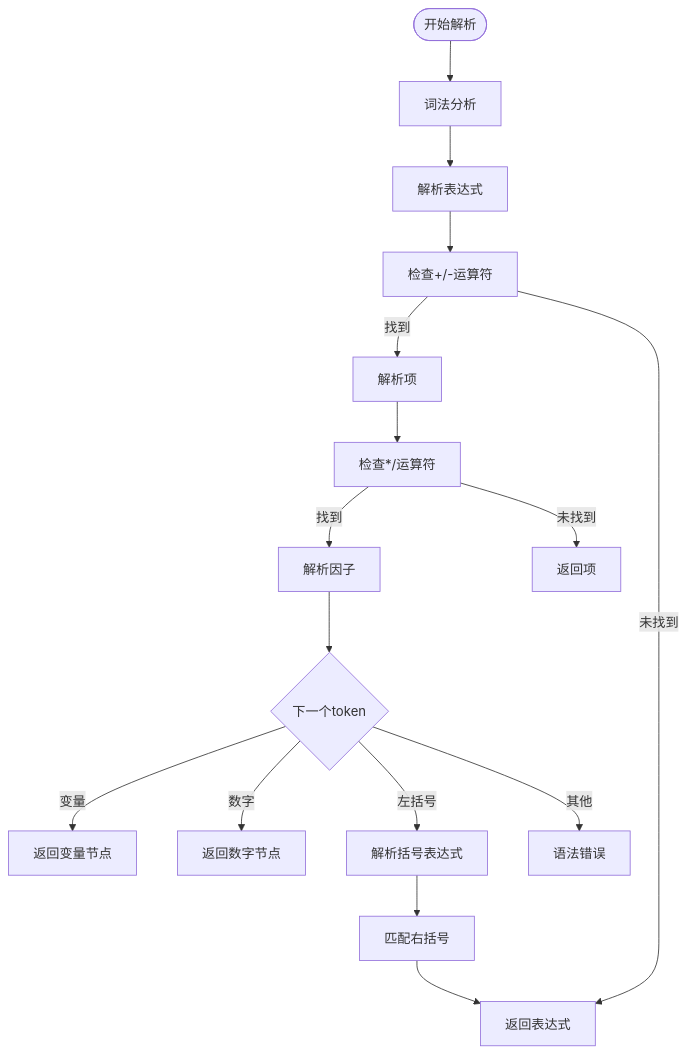
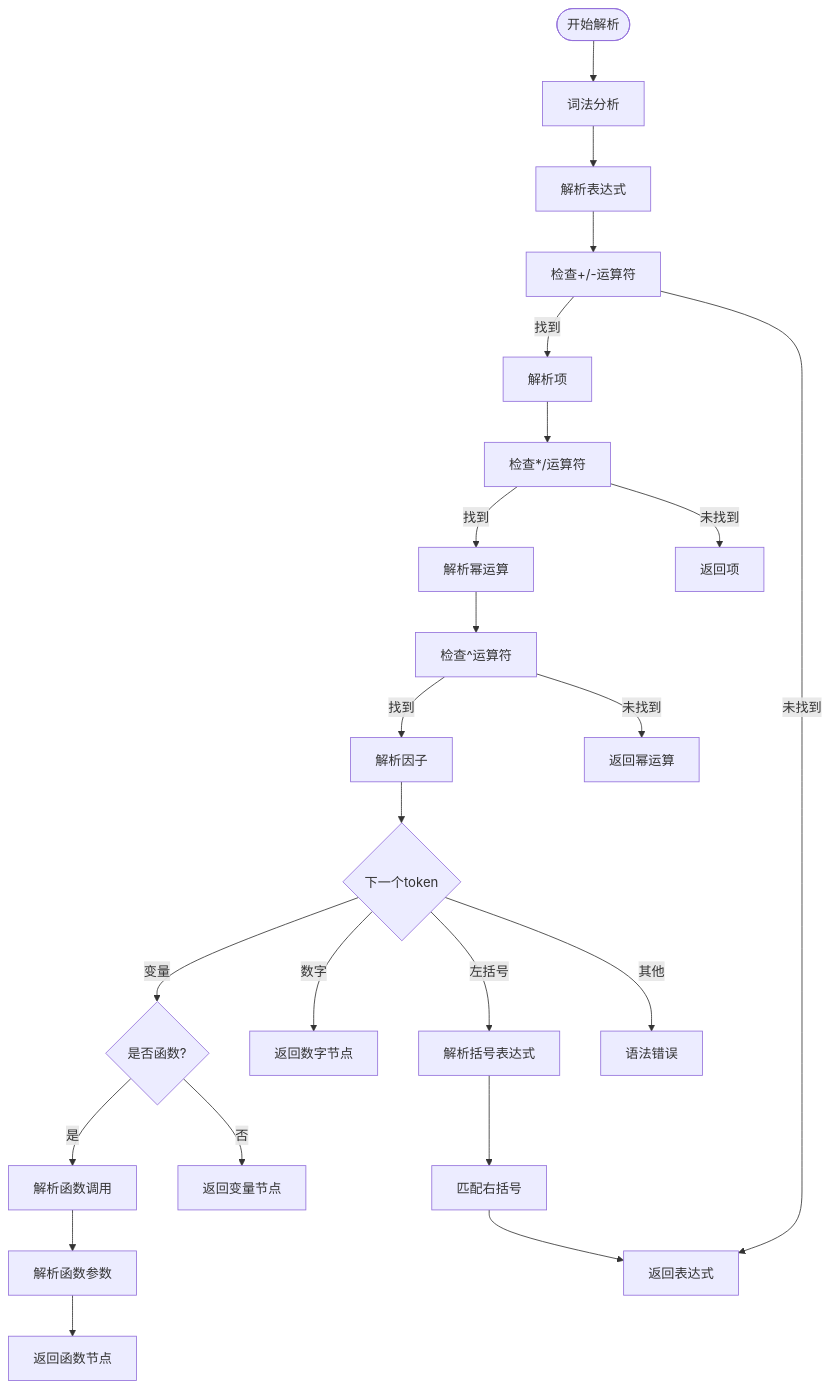
Before and after one commit to steveyu2/formula-mapper: the fifth of 7 diagrams in .qoder/repowiki/zh/content/用户指南/可视化展示/可视化展示.md, drawn with Mermaid. The commit also changed other lines of this file and 10 other files, not shown here.

````diff
--- a/.qoder/repowiki/zh/content/用户指南/可视化展示/可视化展示.md
+++ b/.qoder/repowiki/zh/content/用户指南/可视化展示/可视化展示.md
@@ -289,18 +355,25 @@
 ```mermaid
 flowchart TD
 Start([开始解析]) --> Tokenize[词法分析]
 Tokenize --> ParseExpr[解析表达式]
 ParseExpr --> CheckAdd[检查+/-运算符]
 CheckAdd --> |找到| ParseTerm[解析项]
 CheckAdd --> |未找到| ReturnExpr[返回表达式]
 ParseTerm --> CheckMul[检查*/运算符]
-CheckMul --> |找到| ParseFactor[解析因子]
+CheckMul --> |找到| ParsePower[解析幂运算]
 CheckMul --> |未找到| ReturnTerm[返回项]
+ParsePower --> CheckPow[检查^运算符]
+CheckPow --> |找到| ParseFactor[解析因子]
+CheckPow --> |未找到| ReturnPower[返回幂运算]
 ParseFactor --> CheckToken{下一个token}
-CheckToken --> |变量| ReturnVar[返回变量节点]
+CheckToken --> |变量| CheckFunction{是否函数?}
+CheckFunction --> |是| ParseFunction[解析函数调用]
+CheckFunction --> |否| ReturnVar[返回变量节点]
 CheckToken --> |数字| ReturnNum[返回数字节点]
 CheckToken --> |左括号| ParseParen[解析括号表达式]
 CheckToken --> |其他| Error[语法错误]
+ParseFunction --> ParseArgs[解析函数参数]
+ParseArgs --> ReturnFunc[返回函数节点]
 ParseParen --> MatchBracket[匹配右括号]
 MatchBracket --> ReturnExpr[返回表达式]
 ```
````
